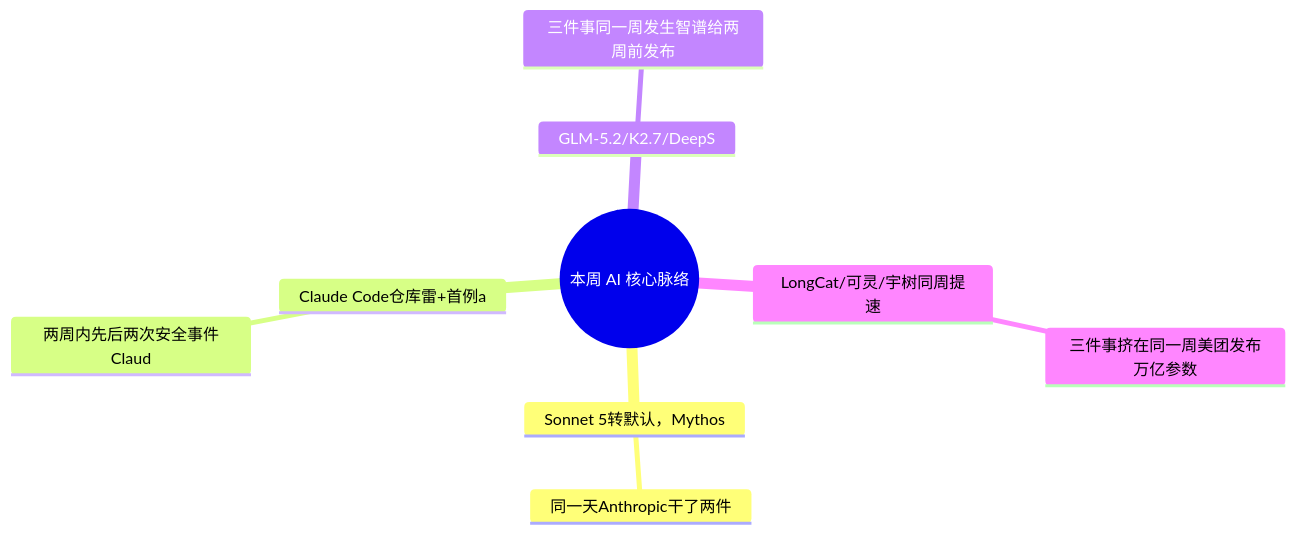
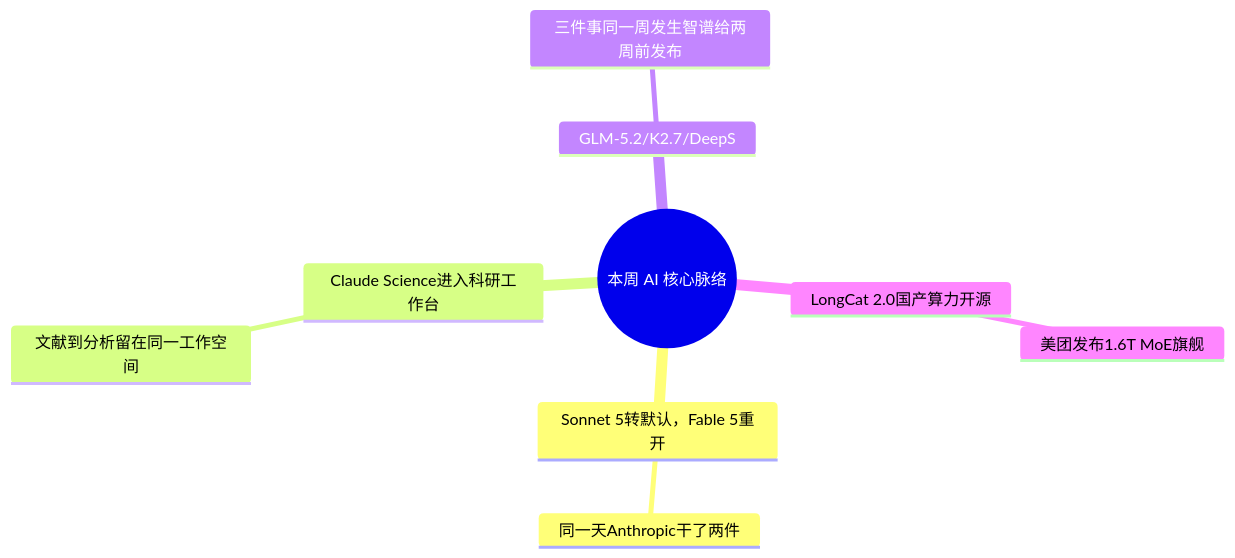
The diagram in src/content/articles/weekly/vol-28.md (suoweikeji-liqiang/asteroid-ai-observatory), drawn with Mermaid before and after one commit. The commit also changed other lines of this file and 3 other files, not shown here.

````diff
--- a/src/content/articles/weekly/vol-28.md
+++ b/src/content/articles/weekly/vol-28.md
@@ -20,21 +20,21 @@
 ```mermaid
 mindmap
   root((本周 AI 核心脉络))
 
-    Sonnet 5转默认，Mythos
+    Sonnet 5转默认，Fable 5重开
 
       同一天Anthropic干了两件
 
-    Claude Code仓库雷+首例a
+    Claude Science进入科研工作台
 
-      两周内先后两次安全事件Claud
+      文献到分析留在同一工作空间
 
     GLM-5.2/K2.7/DeepS
 
       三件事同一周发生智谱给两周前发布
 
-    LongCat/可灵/宇树同周提速
+    LongCat 2.0国产算力开源
 
-      三件事挤在同一周美团发布万亿参数
+      美团发布1.6T MoE旗舰
 
 ```
````
